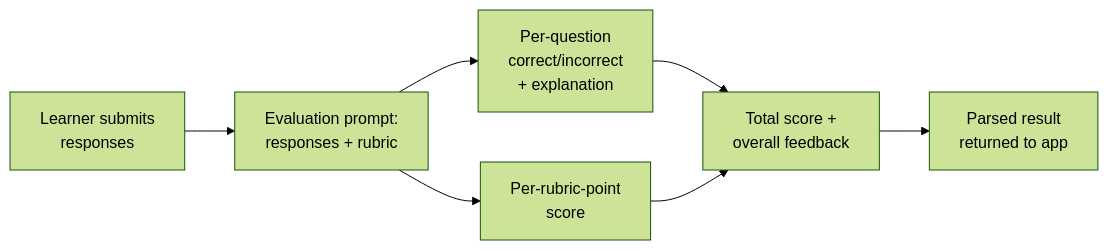
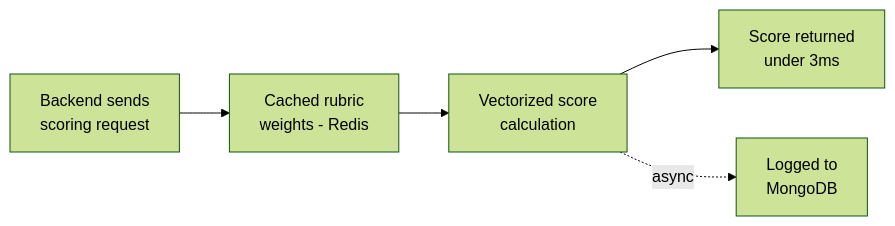
Before and after one commit to muhammad-obaidullah/muhammad-obaidullah: the third of 5 diagrams in README.md, drawn with Mermaid (forest theme). The commit also changed other lines of this file, not shown here.

````diff
--- a/README.md
+++ b/README.md
@@ -86,16 +135,12 @@
 ```mermaid
 flowchart LR
-    LR[Learner submits
-    responses] --> EV[Evaluation prompt:
-    responses + rubric]
-    EV --> SC[Per-question
-    correct/incorrect
-    + explanation]
-    EV --> RS[Per-rubric-point
-    score]
-    SC --> TOT[Total score +
-    overall feedback]
-    RS --> TOT
-    TOT --> OUT[Parsed result
-    returned to app]
+    REQ[Backend sends
+    scoring request] --> CA[Cached rubric
+    weights - Redis]
+    CA --> CALC[Vectorized score
+    calculation]
+    CALC --> RESP[Score returned
+    under 3ms]
+    CALC -. async .-> LOG[Logged to
+    MongoDB]
 ```
````
